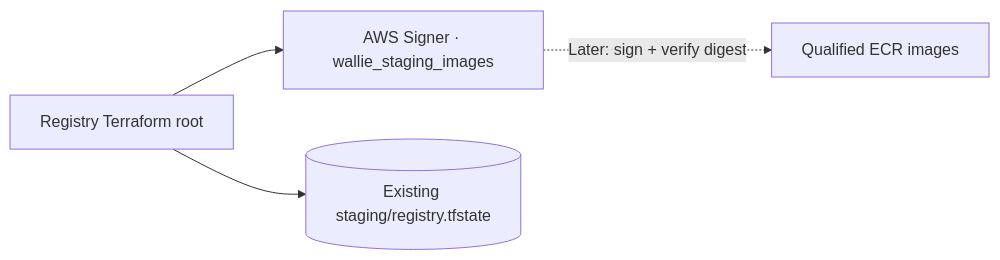
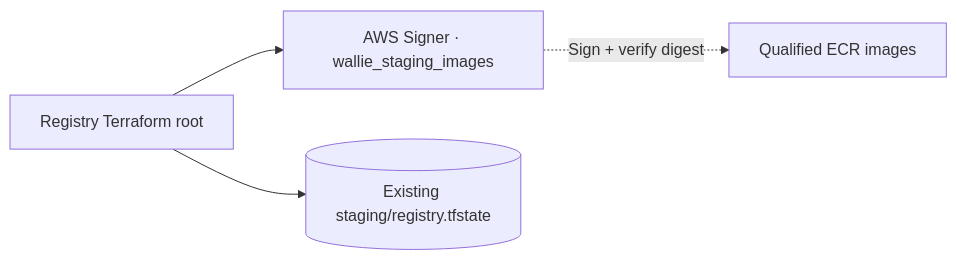
The diagram in docs/AWS-SIGNING-PROFILE.md (anantjain-xyz/wallie-dev), drawn with Mermaid before and after one commit. The commit also changed other lines of this file and 5 other files, not shown here.

````diff
--- a/docs/AWS-SIGNING-PROFILE.md
+++ b/docs/AWS-SIGNING-PROFILE.md
@@ -5,6 +5,6 @@
 ```mermaid
 flowchart LR
     tf["Registry Terraform root"] --> profile["AWS Signer · wallie_staging_images"]
     tf --> state[("Existing staging/registry.tfstate")]
-    profile -. "Later: sign + verify digest" .-> images["Qualified ECR images"]
+    profile -. "Sign + verify digest" .-> images["Qualified ECR images"]
 ```
````
